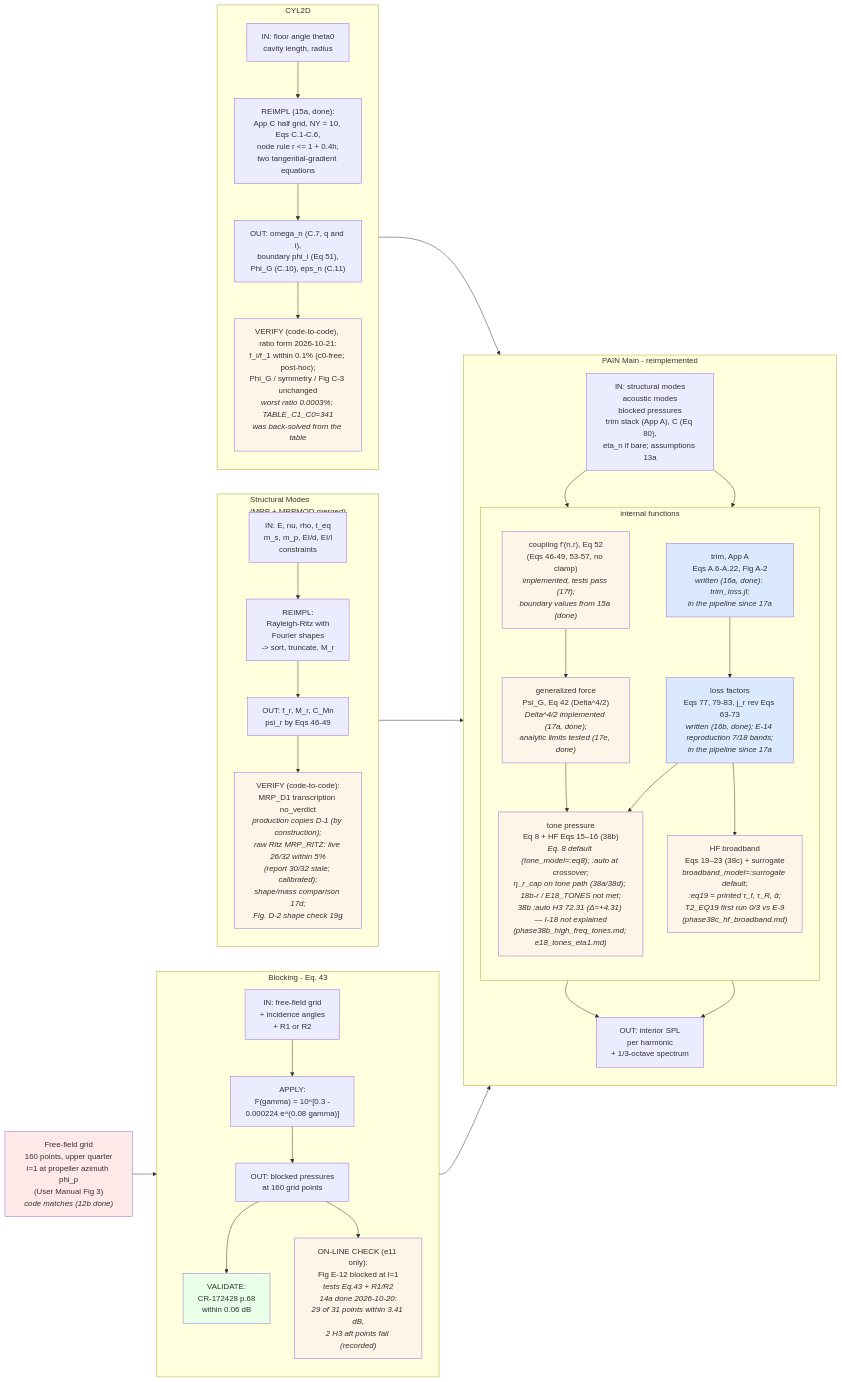
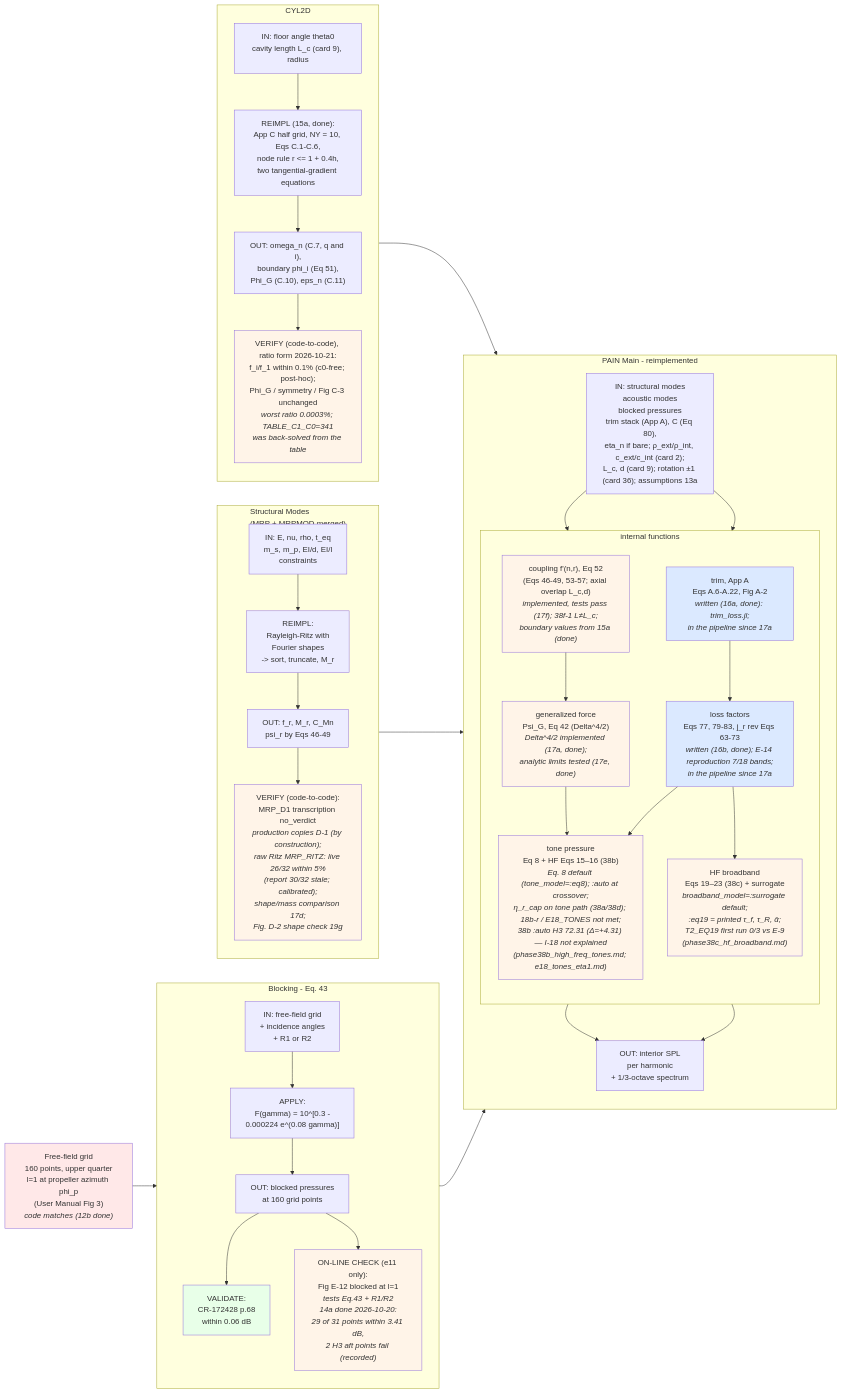
Before and after one commit to hoangf1/PAIN: the fourth of 6 diagrams in rea-work/docs/flowchart.md, drawn with Mermaid. The commit also changed 15 other files, not shown here.

Commit message:
38f-1: Manual cards 2, 9, 36 (separate exterior/interior air, cavity length and offset, rotation direction); defaults unchanged

````diff
--- a/rea-work/docs/flowchart.md
+++ b/rea-work/docs/flowchart.md
@@ -154,70 +154,70 @@
 ```mermaid
 flowchart LR
     GRID["Free-field grid<br/>160 points, upper quarter<br/>l=1 at propeller azimuth phi_p<br/>(User Manual Fig 3)<br/><i>code matches (12b done)</i>"]
 
     subgraph BLK["Blocking - Eq. 43"]
         direction TB
         B_IN["IN: free-field grid<br/>+ incidence angles<br/>+ R1 or R2"]
         B_FUNC["APPLY:<br/>F(gamma) = 10^[0.3 -<br/>0.000224 e^(0.08 gamma)]"]
         B_OUT["OUT: blocked pressures<br/>at 160 grid points"]
         B_VAL["VALIDATE:<br/>CR-172428 p.68<br/>within 0.06 dB"]
         B_VAL2["ON-LINE CHECK (e11 only):<br/>Fig E-12 blocked at l=1<br/><i>tests Eq.43 + R1/R2<br/>14a done 2026-10-20:<br/>29 of 31 points within 3.41 dB,<br/>2 H3 aft points fail (recorded)</i>"]
         B_IN --> B_FUNC --> B_OUT --> B_VAL
         B_OUT --> B_VAL2
     end
 
     subgraph MRP["Structural Modes<br/>(MRP + MRPMOD merged)"]
         direction TB
         M_IN["IN: E, nu, rho, t_eq<br/>m_s, m_p, EI/d, EI/l<br/>constraints"]
         M_FUNC["REIMPL:<br/>Rayleigh-Ritz with<br/>Fourier shapes<br/>-> sort, truncate, M_r"]
         M_OUT["OUT: f_r, M_r, C_Mn<br/>psi_r by Eqs 46-49"]
         M_VAL["VERIFY (code-to-code):<br/>MRP_D1 transcription no_verdict<br/><i>production copies D-1 (by construction);<br/>raw Ritz MRP_RITZ: live 26/32 within 5%<br/>(report 30/32 stale; calibrated);<br/>shape/mass comparison 17d;<br/>Fig. D-2 shape check 19g</i>"]
         M_IN --> M_FUNC --> M_OUT --> M_VAL
     end
 
     subgraph CYL["CYL2D"]
         direction TB
-        C_IN["IN: floor angle theta0<br/>cavity length, radius"]
+        C_IN["IN: floor angle theta0<br/>cavity length L_c (card 9), radius"]
         C_FUNC["REIMPL (15a, done):<br/>App C half grid, NY = 10, Eqs C.1-C.6,<br/>node rule r &lt;= 1 + 0.4h,<br/>two tangential-gradient equations"]
         C_OUT["OUT: omega_n (C.7, q and i),<br/>boundary phi_i (Eq 51),<br/>Phi_G (C.10), eps_n (C.11)"]
         C_VAL["VERIFY (code-to-code), ratio form 2026-10-21:<br/>f_i/f_1 within 0.1% (c0-free; post-hoc);<br/>Phi_G / symmetry / Fig C-3 unchanged<br/><i>worst ratio 0.0003%; TABLE_C1_C0=341<br/>was back-solved from the table</i>"]
         C_IN --> C_FUNC --> C_OUT --> C_VAL
     end
 
     subgraph PAIN["PAIN Main - reimplemented"]
         direction TB
-        P_IN["IN: structural modes<br/>acoustic modes<br/>blocked pressures<br/>trim stack (App A), C (Eq 80),<br/>eta_n if bare; assumptions 13a"]
+        P_IN["IN: structural modes<br/>acoustic modes<br/>blocked pressures<br/>trim stack (App A), C (Eq 80),<br/>eta_n if bare; ρ_ext/ρ_int, c_ext/c_int (card 2);<br/>L_c, d (card 9); rotation ±1 (card 36); assumptions 13a"]
         subgraph FUNC["internal functions"]
             direction TB
-            F2["coupling f'(n,r), Eq 52<br/>(Eqs 46-49, 53-57, no clamp)<br/><i>implemented, tests pass (17f);<br/>boundary values from 15a (done)</i>"]
+            F2["coupling f'(n,r), Eq 52<br/>(Eqs 46-49, 53-57; axial overlap L_c,d)<br/><i>implemented, tests pass (17f); 38f-1 L≠L_c;<br/>boundary values from 15a (done)</i>"]
             F3["generalized force<br/>Psi_G, Eq 42 (Delta^4/2)<br/><i>Delta^4/2 implemented (17a, done);<br/>analytic limits tested (17e, done)</i>"]
             F4["trim, App A<br/>Eqs A.6-A.22, Fig A-2<br/><i>written (16a, done): trim_loss.jl;<br/>in the pipeline since 17a</i>"]
             F5["loss factors<br/>Eqs 77, 79-83, j_r rev Eqs 63-73<br/><i>written (16b, done); E-14 reproduction 7/18 bands;<br/>in the pipeline since 17a</i>"]
             F6["tone pressure<br/>Eq 8 + HF Eqs 15–16 (38b)<br/><i>Eq. 8 default (tone_model=:eq8); :auto at crossover;<br/>η_r_cap on tone path (38a/38d); 18b-r / E18_TONES not met;<br/>38b :auto H3 72.31 (Δ=+4.31) — I-18 not explained<br/>(phase38b_high_freq_tones.md; e18_tones_eta1.md)</i>"]
             F7["HF broadband<br/>Eqs 19–23 (38c) + surrogate<br/><i>broadband_model=:surrogate default;<br/>:eq19 = printed τ_f, τ_R, ᾱ;<br/>T2_EQ19 first run 0/3 vs E-9<br/>(phase38c_hf_broadband.md)</i>"]
         end
         P_OUT["OUT: interior SPL<br/>per harmonic<br/>+ 1/3-octave spectrum"]
         P_IN --> F2 --> F3 --> F6
         P_IN --> F4 --> F5 --> F6
         F5 --> F7
         F6 --> P_OUT
         F7 --> P_OUT
     end
 
     GRID --> B_IN
     B_VAL --> P_IN
     C_VAL --> P_IN
     M_VAL --> P_IN
 
     style F2 fill:#fff4e8
     style F3 fill:#fff4e8
     style F4 fill:#dbe9ff
     style F5 fill:#dbe9ff
     style F6 fill:#fff4e8
     style F7 fill:#fff4e8
     style B_VAL fill:#e8ffe8
     style B_VAL2 fill:#fff4e8
     style C_VAL fill:#fff4e8
     style M_VAL fill:#fff4e8
     style GRID fill:#ffe8e8
 ```
````
